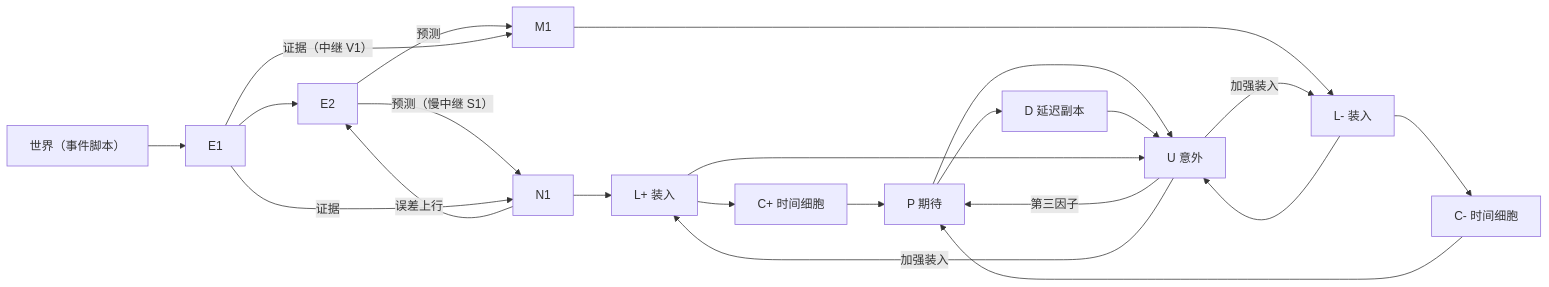
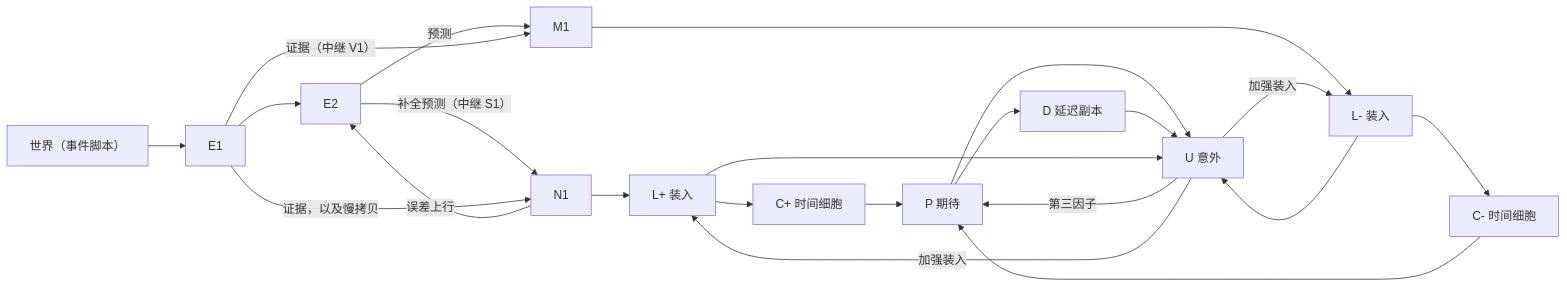
The first of 2 diagrams in docs/ARCHITECTURE.md (vasily-tolkyov/bio-brain), drawn with Mermaid before and after one commit. The commit also changed other lines of this file, not shown here.

First line of the commit message:
docs(architecture): local persistence prediction and E2 homeostatic target

````diff
--- a/docs/ARCHITECTURE.md
+++ b/docs/ARCHITECTURE.md
@@ -50,24 +50,24 @@
 ```mermaid
 flowchart LR
   world["世界（事件脚本）"] --> E1
   E1 --> E2
-  E2 -->|"预测（慢中继 S1）"| N1
-  E1 -->|"证据"| N1
+  E2 -->|"补全预测（中继 S1）"| N1
+  E1 -->|"证据，以及慢拷贝"| N1
   E2 -->|"预测"| M1
   E1 -->|"证据（中继 V1）"| M1
   N1 -->|"误差上行"| E2
   N1 --> Lp["L+ 装入"]
   M1 --> Lm["L- 装入"]
   Lp --> Cp["C+ 时间细胞"]
   Lm --> Cm["C- 时间细胞"]
   Cp --> P["P 期待"]
   Cm --> P
   P --> D["D 延迟副本"]
   P --> U["U 意外"]
   D --> U
   Lp --> U
   Lm --> U
   U -->|"第三因子"| P
   U -->|"加强装入"| Lp
   U -->|"加强装入"| Lm
 ```
````
